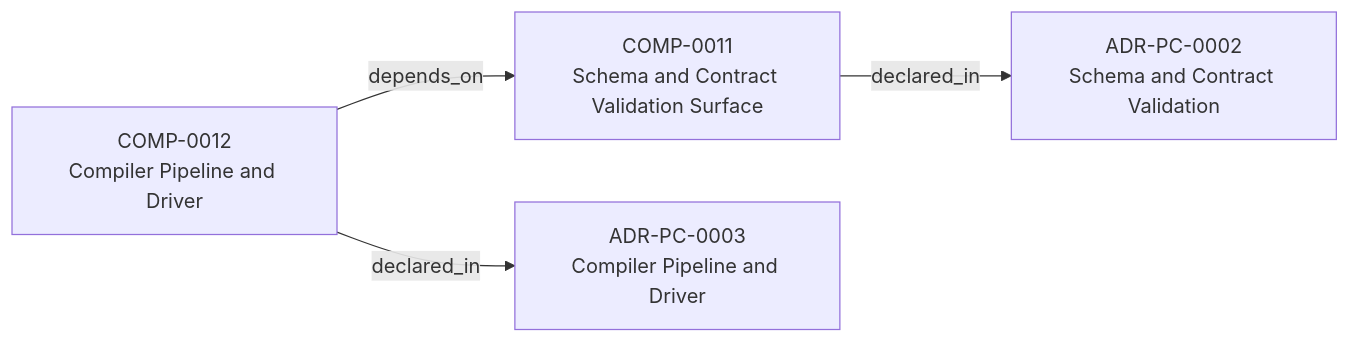
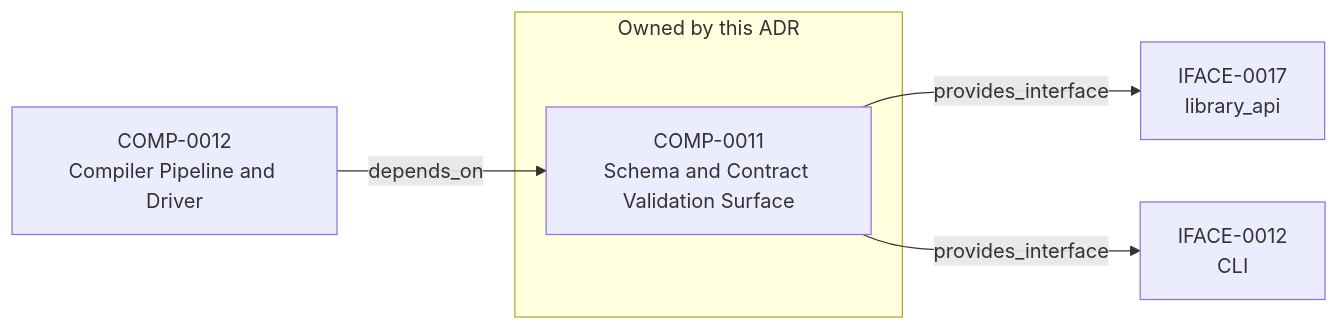
Before and after one commit to egallmann/adr-architecture-kit: the diagram in adrs/adr-projection/physical-component/ADR-PC-0002-schema-and-contract-validation.md, drawn with Mermaid. The commit also changed other lines of this file and 37 other files, not shown here.

````diff
--- a/adrs/adr-projection/physical-component/ADR-PC-0002-schema-and-contract-validation.md
+++ b/adrs/adr-projection/physical-component/ADR-PC-0002-schema-and-contract-validation.md
@@ -62,10 +75,12 @@
 ```mermaid
 flowchart LR
-  n_019fee89_e617_7060_8f3f_4ecd46a719da["COMP-0011<br/>Schema and Contract Validation Surface"]
+  subgraph subject["Owned by this ADR"]
+    n_019fee89_e617_7060_8f3f_4ecd46a719da["COMP-0011<br/>Schema and Contract Validation Surface"]
+  end
+  n_019fee89_e617_74dd_a62f_5ce1a1994d18["IFACE-0017<br/>library_api"]
   n_019fee89_e617_76ad_9336_b3615a6e4bde["COMP-0012<br/>Compiler Pipeline and Driver"]
-  n_019fee89_e617_7d2b_8325_cd85ff814477["ADR-PC-0002<br/>Schema and Contract Validation"]
-  n_019fee89_e618_7b76_843f_cfe21ceb2ea6["ADR-PC-0003<br/>Compiler Pipeline and Driver"]
-  n_019fee89_e617_7060_8f3f_4ecd46a719da -->|"declared_in"| n_019fee89_e617_7d2b_8325_cd85ff814477
-  n_019fee89_e617_76ad_9336_b3615a6e4bde -->|"declared_in"| n_019fee89_e618_7b76_843f_cfe21ceb2ea6
+  n_019fee89_e617_78b8_852f_9b2c984f9300["IFACE-0012<br/>CLI"]
   n_019fee89_e617_76ad_9336_b3615a6e4bde -->|"depends_on"| n_019fee89_e617_7060_8f3f_4ecd46a719da
+  n_019fee89_e617_7060_8f3f_4ecd46a719da -->|"provides_interface"| n_019fee89_e617_74dd_a62f_5ce1a1994d18
+  n_019fee89_e617_7060_8f3f_4ecd46a719da -->|"provides_interface"| n_019fee89_e617_78b8_852f_9b2c984f9300
 ```
````
